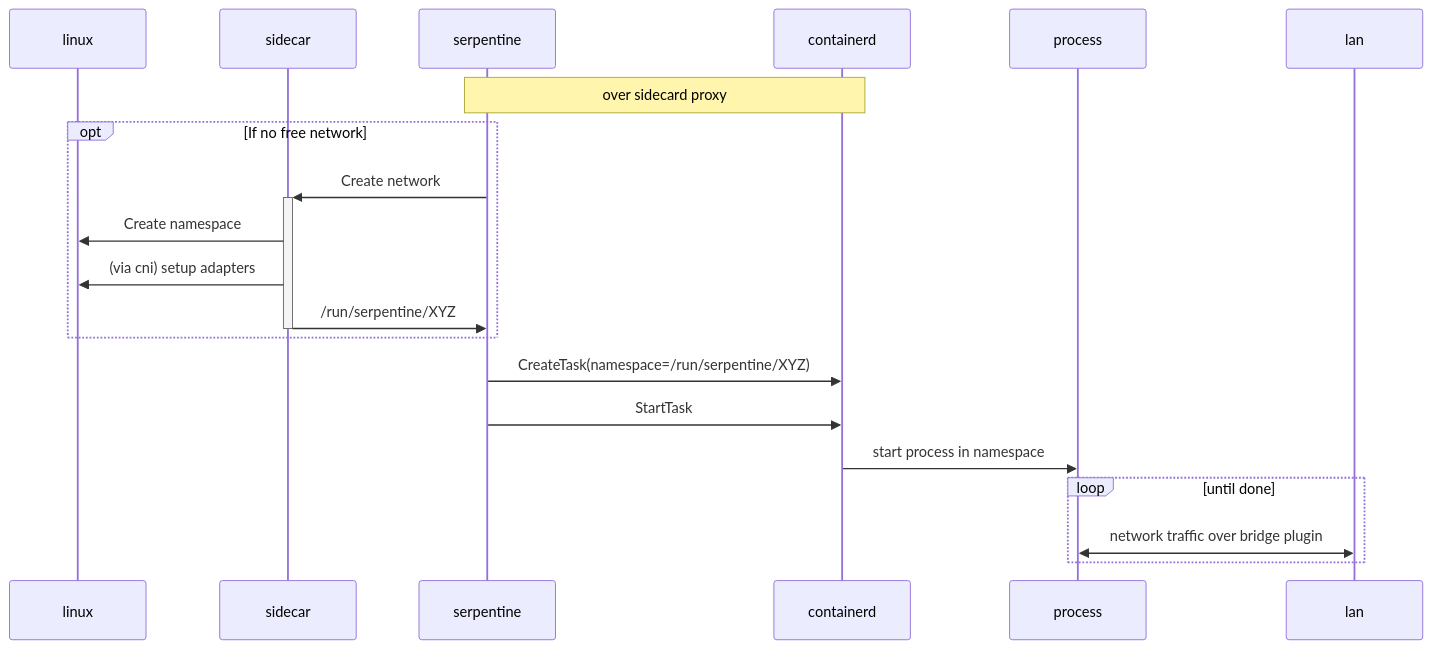
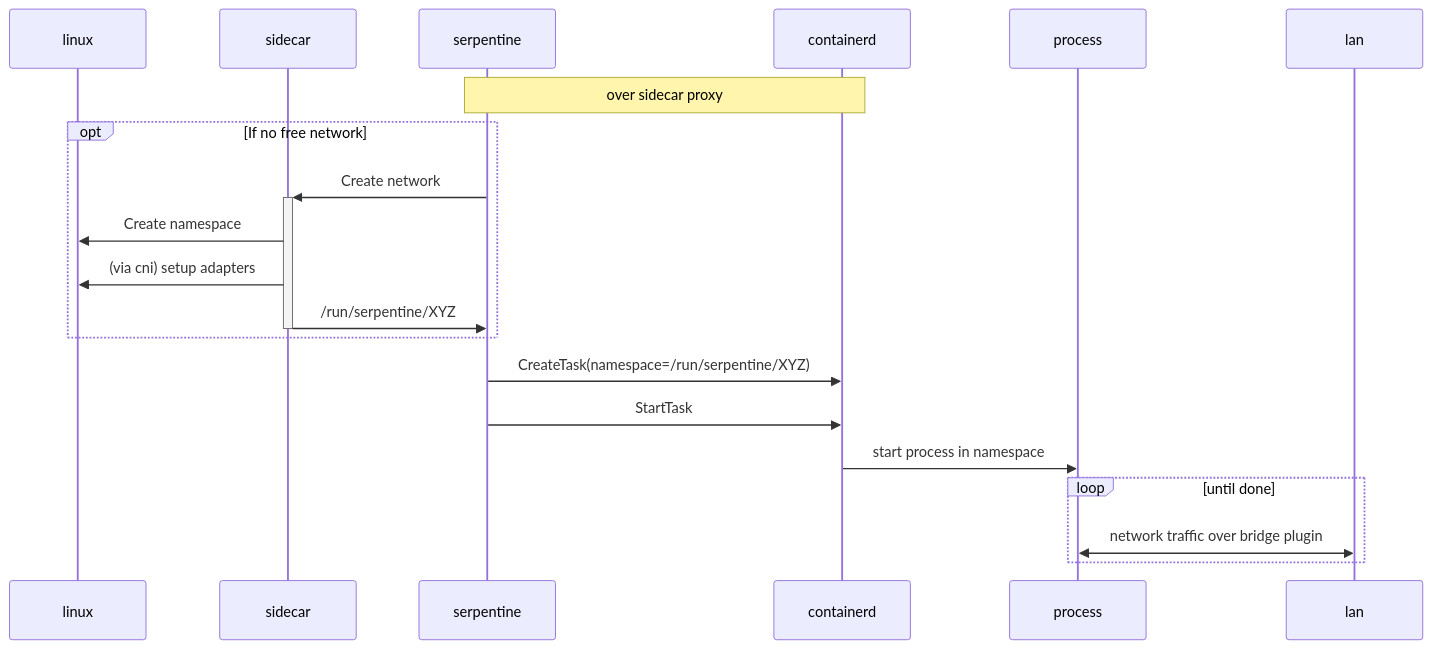
One commit to Serpent-Tools/serpentine changed the fifth of 6 diagrams in book/src/containerd.md. Above: the diagram before and after it, drawn with Mermaid. The commit also changed other lines of this file and 7 other files, not shown here.

````diff
--- a/book/src/containerd.md
+++ b/book/src/containerd.md
@@ -124,24 +124,24 @@
 ```mermaid
 sequenceDiagram
     participant linux
     participant sidecar
     participant serpentine
     participant containerd
     participant process
     participant lan
 
-    note over serpentine,containerd: over sidecard proxy
+    note over serpentine,containerd: over sidecar proxy
     opt If no free network
         serpentine ->>+ sidecar : Create network
         sidecar ->> linux : Create namespace
         sidecar ->> linux : (via cni) setup adapters
         sidecar ->>- serpentine : /run/serpentine/XYZ
     end
 
     serpentine ->> containerd : CreateTask(namespace=/run/serpentine/XYZ)
     serpentine ->> containerd : StartTask
     containerd ->> process : start process in namespace
     loop until done
         process <<->> lan : network traffic over bridge plugin
     end
 ```
````
